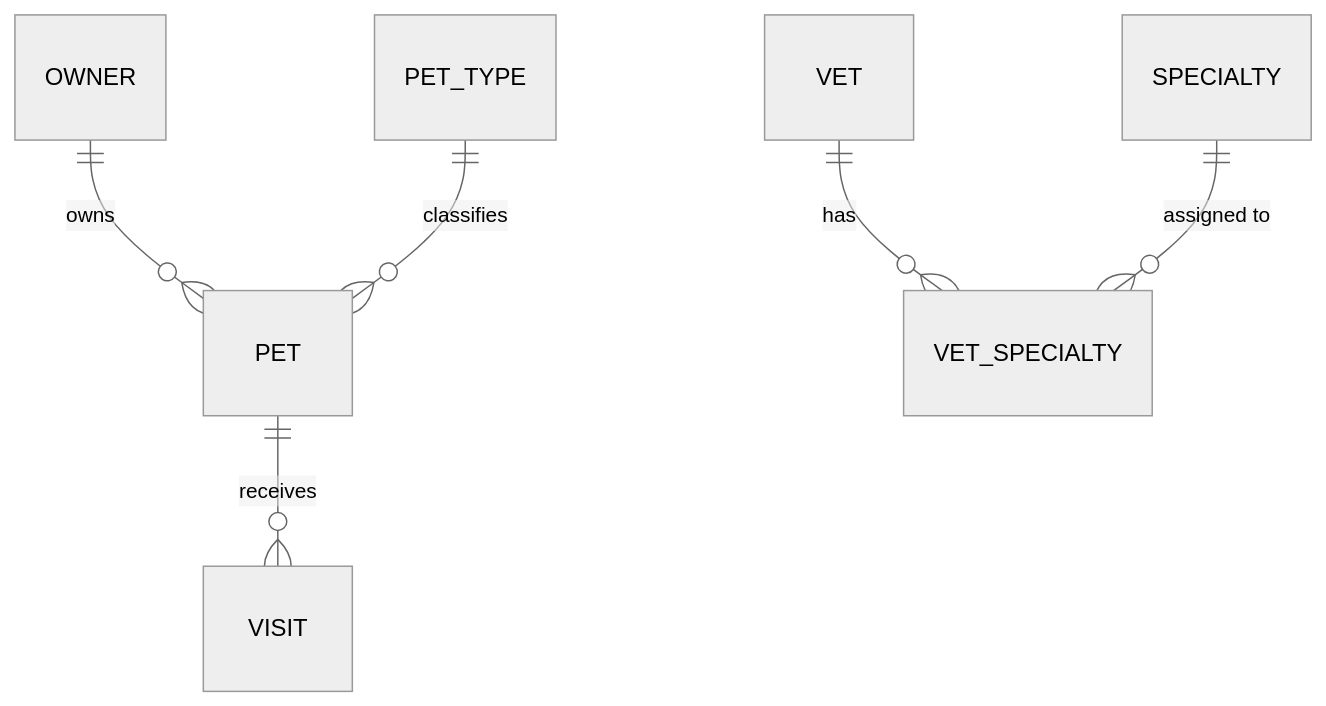
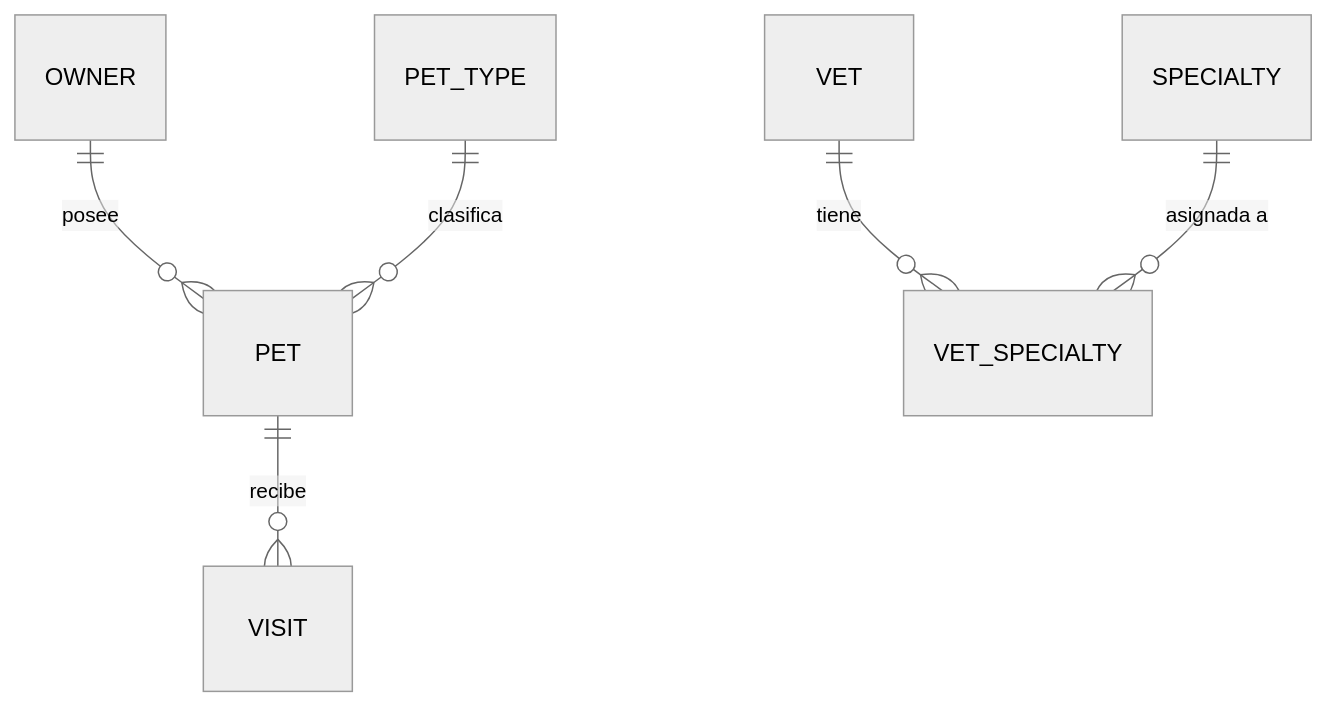
Before and after one commit to joedayz/sdd-petclinic: the diagram in docs/entity_model.md, drawn with Mermaid (neutral theme). The commit also changed other lines of this file and 20 other files, not shown here.

````diff
--- a/docs/entity_model.md
+++ b/docs/entity_model.md
@@ -5,8 +5,8 @@
 ```mermaid
 erDiagram
-    OWNER ||--o{ PET : "owns"
-    PET_TYPE ||--o{ PET : "classifies"
-    PET ||--o{ VISIT : "receives"
-    VET ||--o{ VET_SPECIALTY : "has"
-    SPECIALTY ||--o{ VET_SPECIALTY : "assigned to"
+    OWNER ||--o{ PET : "posee"
+    PET_TYPE ||--o{ PET : "clasifica"
+    PET ||--o{ VISIT : "recibe"
+    VET ||--o{ VET_SPECIALTY : "tiene"
+    SPECIALTY ||--o{ VET_SPECIALTY : "asignada a"
 ```
````
